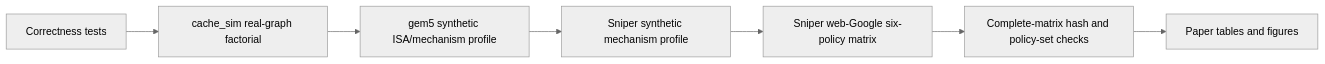
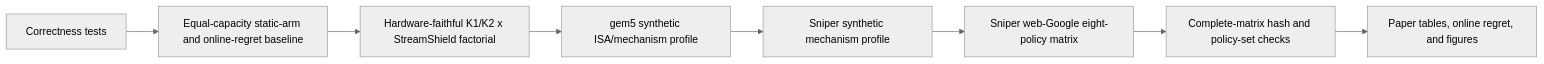
The third of 3 diagrams in research/ecg-hpca/ARCHITECTURE.md (UVA-LavaLab/GraphBrew), drawn with Mermaid (neutral theme) before and after one commit. The commit also changed other lines of this file and 69 other files, not shown here.

````diff
--- a/research/ecg-hpca/ARCHITECTURE.md
+++ b/research/ecg-hpca/ARCHITECTURE.md
@@ -218,9 +249,10 @@
 ```mermaid
 flowchart LR
-    A[Correctness tests] --> B[cache_sim real-graph factorial]
-    B --> C[gem5 synthetic ISA/mechanism profile]
-    C --> D[Sniper synthetic mechanism profile]
-    D --> E[Sniper web-Google six-policy matrix]
-    E --> F[Complete-matrix hash and policy-set checks]
-    F --> G[Paper tables and figures]
+    A[Correctness tests] --> B[Equal-capacity static-arm and online-regret baseline]
+    B --> C[Hardware-faithful K1/K2 x StreamShield factorial]
+    C --> D[gem5 synthetic ISA/mechanism profile]
+    D --> E[Sniper synthetic mechanism profile]
+    E --> F[Sniper web-Google eight-policy matrix]
+    F --> G[Complete-matrix hash and policy-set checks]
+    G --> H[Paper tables, online regret, and figures]
 ```
````
